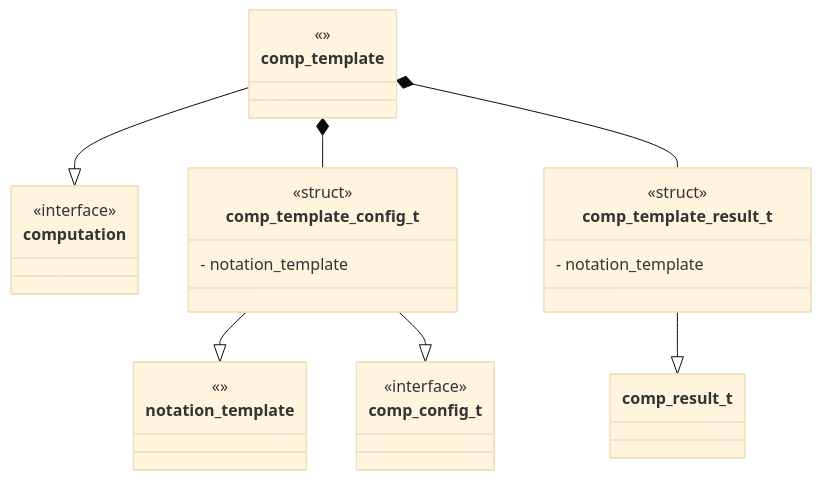
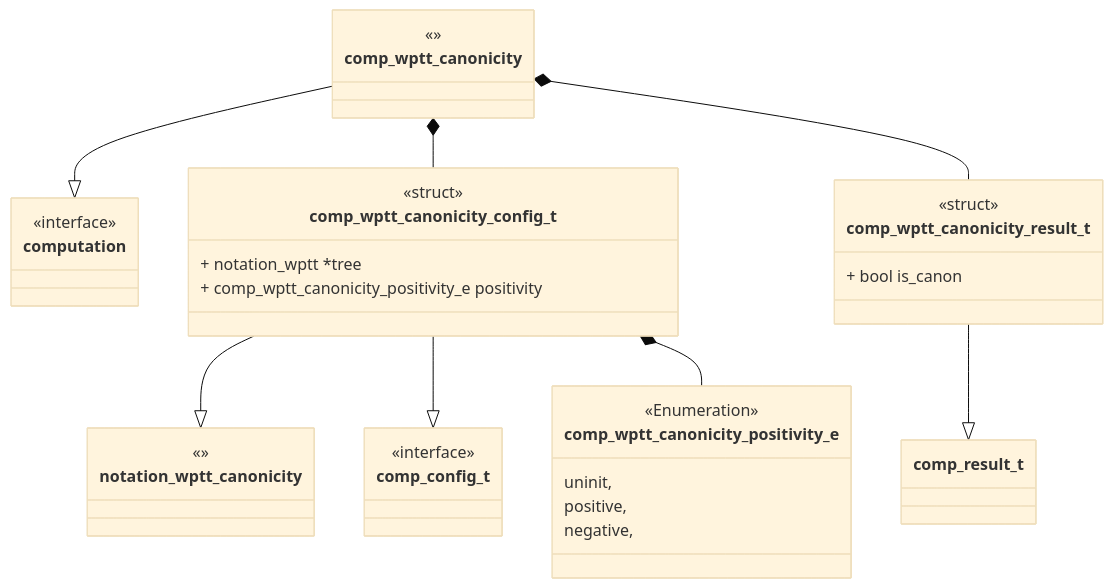
One commit to Uiowa-Applied-Topology/tanglenomicon_core_libraries changed the first of 4 diagrams in source/comp-wptt_canonicity/unit-description.md. Above: the diagram before and after it, drawn with Mermaid (base theme). The commit also changed other lines of this file, not shown here.

````diff
--- a/source/comp-wptt_canonicity/unit-description.md
+++ b/source/comp-wptt_canonicity/unit-description.md
@@ -15,39 +11,48 @@
 ```mermaid
 classDiagram
-    comp_template --|> computation
-    comp_template_config_t --|> notation_template
-    comp_template_config_t --|> comp_config_t
-    comp_template_result_t --|> comp_result_t
-    comp_template *-- comp_template_config_t
-    comp_template *-- comp_template_result_t
+    comp_wptt_canonicity  --|> computation
+    comp_wptt_canonicity _config_t --|> notation_wptt_canonicity
+    comp_wptt_canonicity _config_t --|> comp_config_t
+    comp_wptt_canonicity _result_t --|> comp_result_t
+    comp_wptt_canonicity  *-- comp_wptt_canonicity _config_t
+    comp_wptt_canonicity  *-- comp_wptt_canonicity _result_t
+    comp_wptt_canonicity _config_t *-- comp_wptt_canonicity_positivity_e
 
     class computation {
         <<interface>>
     }
 
-    class comp_template {
+    class comp_wptt_canonicity  {
     <<>>
     }
 
-    class notation_template{
+    class notation_wptt_canonicity {
     <<>>
     }
 
-    class comp_template_config_t {
+    class comp_wptt_canonicity _config_t {
     <<struct>>
-    - notation_template
+    + notation_wptt *tree
+    + comp_wptt_canonicity_positivity_e positivity
+    }
 
+    class comp_wptt_canonicity_positivity_e {
+    <<Enumeration>>
+     uninit,
+     positive,
+     negative,
     }
-    class comp_template_result_t {
+
+    class comp_wptt_canonicity _result_t {
     <<struct>>
-    - notation_template
+    + bool is_canon
 
     }
 
     class comp_config_t {
     <<interface>>
 
     }
 
 
 ```
````
